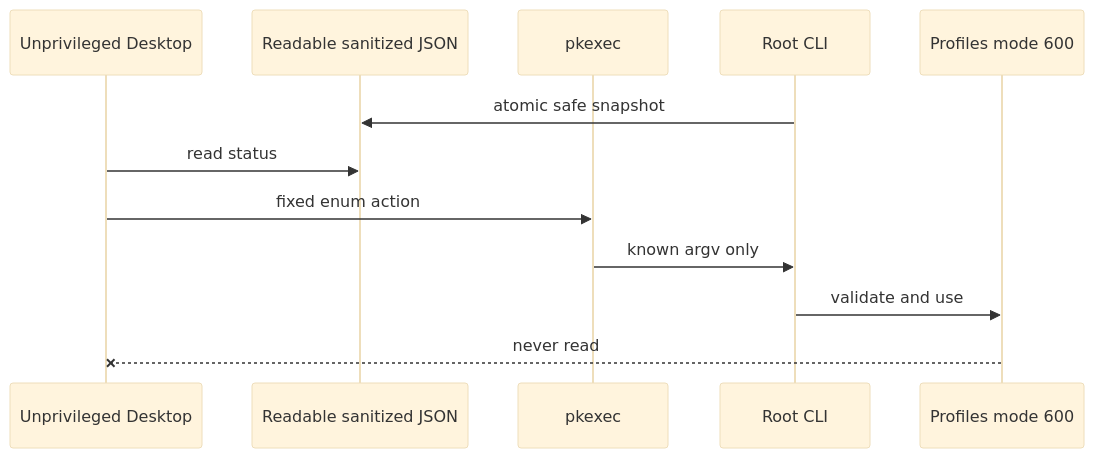
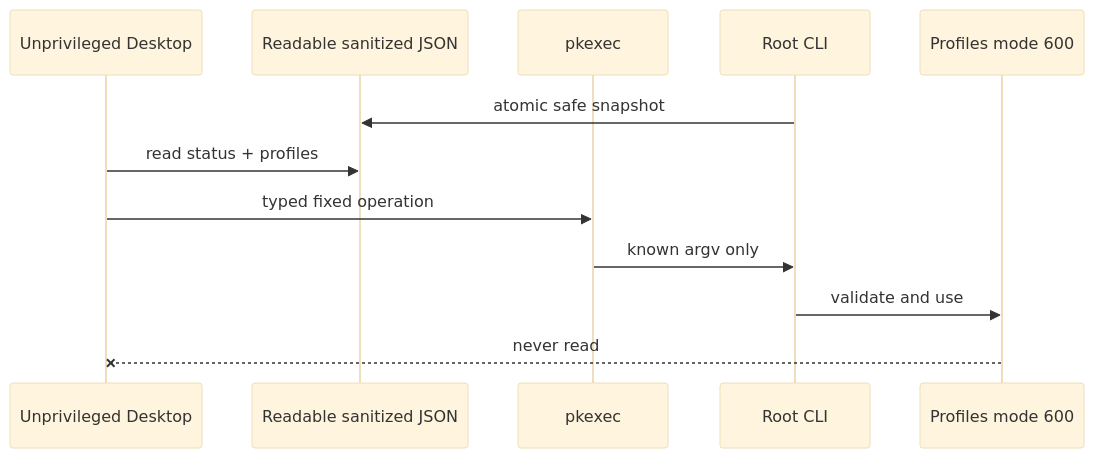
Before and after one commit to mazurovn/mazzy-vpn: the third of 3 diagrams in wiki/Architecture.md, drawn with Mermaid (base theme). The commit also changed other lines of this file and 45 other files, not shown here.

````diff
--- a/wiki/Architecture.md
+++ b/wiki/Architecture.md
@@ -63,15 +63,15 @@
 ```mermaid
 sequenceDiagram
     participant UI as Unprivileged Desktop
     participant Cache as Readable sanitized JSON
     participant PK as pkexec
     participant CLI as Root CLI
     participant Secret as Profiles mode 600
 
     CLI->>Cache: atomic safe snapshot
-    UI->>Cache: read status
-    UI->>PK: fixed enum action
+    UI->>Cache: read status + profiles
+    UI->>PK: typed fixed operation
     PK->>CLI: known argv only
     CLI->>Secret: validate and use
     Secret--xUI: never read
 ```
````
